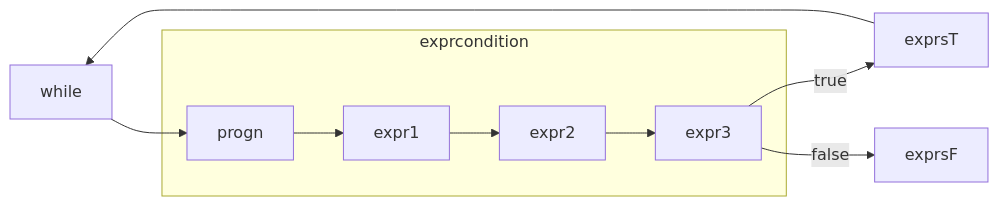
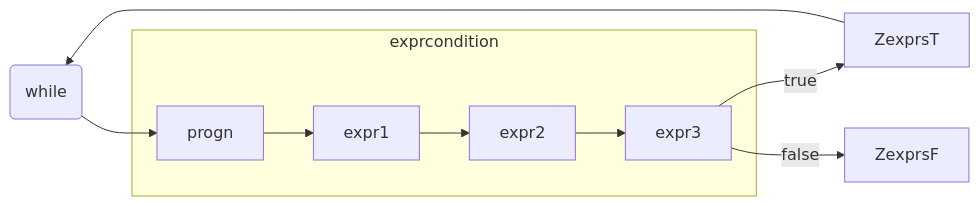
One commit to atlisp-org/atlisp-docs changed the fourth of 4 diagrams in Lisp进阶/lisp.org. Above: the diagram before and after it, drawn with Mermaid.

Commit message:
progn while

```diff
--- a/Lisp进阶/lisp.org
+++ b/Lisp进阶/lisp.org
@@ -119,12 +119,12 @@
  #+begin_src mermaid
 
    flowchart LR
-      while --> progn   
+      A(while) --> progn   
       subgraph exprcondition
           progn --> expr1       
           expr1 --> expr2 --> expr3
       end
-   expr3 -->|true| exprsT
-   expr3 -->|false| exprsF   
-   exprsT --> while   
+   expr3 -->|true| ZexprsT
+   expr3 -->|false| ZexprsF   
+   ZexprsT --> A   
  #+end_src
```
